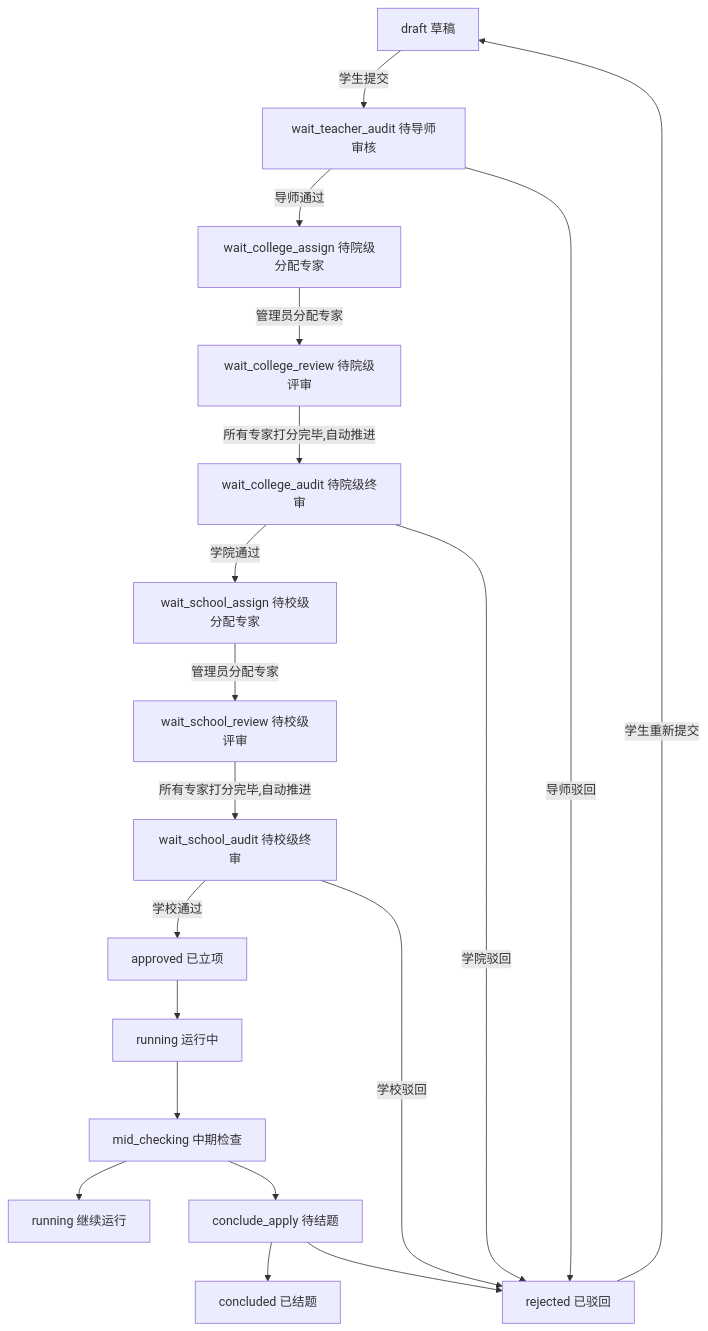
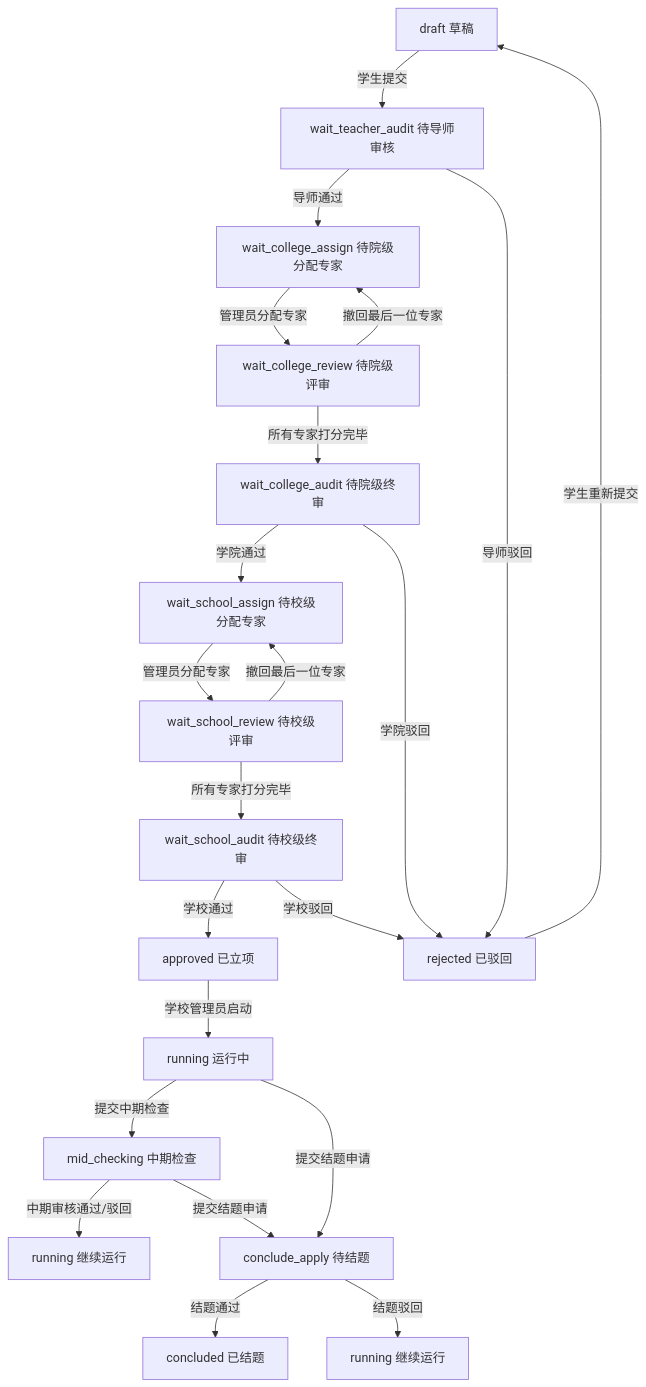
Before and after one commit to snow3721/innovation-project: the diagram in 高校创新项目系统PRD.md, drawn with Mermaid. The commit also changed other lines of this file and 30 other files, not shown here.

````diff
--- a/高校创新项目系统PRD.md
+++ b/高校创新项目系统PRD.md
@@ -72,21 +72,24 @@
 ```mermaid
 graph TD
     A[draft 草稿] -->|学生提交| B[wait_teacher_audit 待导师审核]
     B -->|导师通过| C[wait_college_assign 待院级分配专家]
     B -->|导师驳回| R[rejected 已驳回]
     R -->|学生重新提交| A
     C -->|管理员分配专家| D[wait_college_review 待院级评审]
-    D -->|所有专家打分完毕,自动推进| E[wait_college_audit 待院级终审]
+    D -->|所有专家打分完毕| E[wait_college_audit 待院级终审]
+    D -->|撤回最后一位专家| C
     E -->|学院通过| F[wait_school_assign 待校级分配专家]
     E -->|学院驳回| R
     F -->|管理员分配专家| G[wait_school_review 待校级评审]
-    G -->|所有专家打分完毕,自动推进| H[wait_school_audit 待校级终审]
+    G -->|所有专家打分完毕| H[wait_school_audit 待校级终审]
+    G -->|撤回最后一位专家| F
     H -->|学校通过| I[approved 已立项]
     H -->|学校驳回| R
-    I --> J[running 运行中]
-    J --> K[mid_checking 中期检查]
-    K --> J2[running 继续运行]
-    K --> L[conclude_apply 待结题]
-    L --> M[concluded 已结题]
-    L --> R
+    I -->|学校管理员启动| J[running 运行中]
+    J -->|提交中期检查| K[mid_checking 中期检查]
+    J -->|提交结题申请| L[conclude_apply 待结题]
+    K -->|中期审核通过/驳回| J2[running 继续运行]
+    K -->|提交结题申请| L
+    L -->|结题通过| M[concluded 已结题]
+    L -->|结题驳回| J3[running 继续运行]
 ```
````
